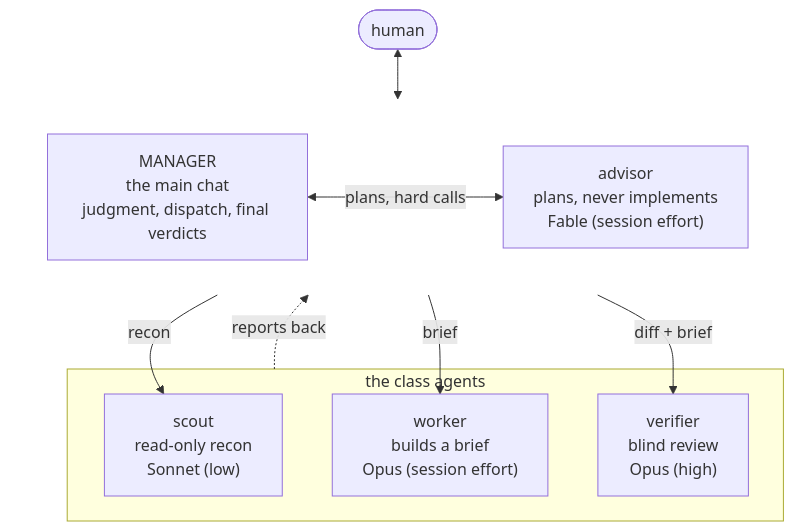
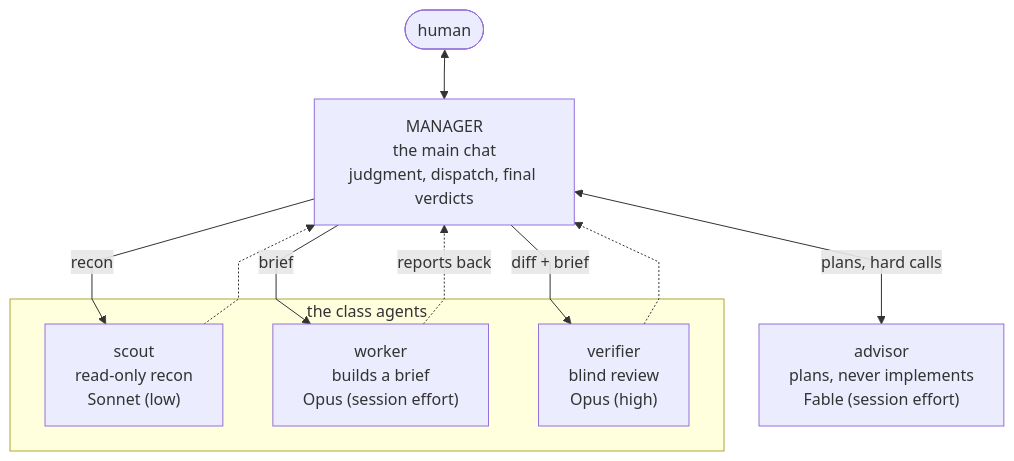
One commit to itw-creative-works/workkit changed the second of 2 diagrams in README.md. Above: the diagram before and after it, drawn with Mermaid. The commit also changed other lines of this file and 47 other files, not shown here.

````diff
--- a/README.md
+++ b/README.md
@@ -30,22 +31,23 @@
 ```mermaid
+%%{init: {"flowchart": {"curve": "linear"}}}%%
 flowchart TB
-    Human([human]) <--> Chat
+    Human([human])
+    Manager["MANAGER<br>the main chat<br>judgment, dispatch, final verdicts"]
+    Advisor["advisor<br>plans, never implements<br>Fable (session effort)"]
 
-    subgraph Chat[" "]
-        direction LR
-        Manager["MANAGER<br>the main chat<br>judgment, dispatch, final verdicts"]
-        Manager <-->|plans, hard calls| Advisor["advisor<br>plans, never implements<br>Fable (session effort)"]
-    end
-    style Chat fill:none,stroke:none
+    Human <--> Manager
+    Manager <-->|plans, hard calls| Advisor
 
     subgraph Crew["the class agents"]
         Scout["scout<br>read-only recon<br>Sonnet (low)"]
         Worker["worker<br>builds a brief<br>Opus (session effort)"]
         Verifier["verifier<br>blind review<br>Opus (high)"]
     end
 
-    Chat -->|recon| Scout
-    Chat -->|brief| Worker
-    Chat -->|diff + brief| Verifier
-    Crew -.->|reports back| Chat
+    Manager -->|recon| Scout
+    Manager -->|brief| Worker
+    Manager -->|diff + brief| Verifier
+    Scout -.-> Manager
+    Worker -.->|reports back| Manager
+    Verifier -.-> Manager
 ```
````
